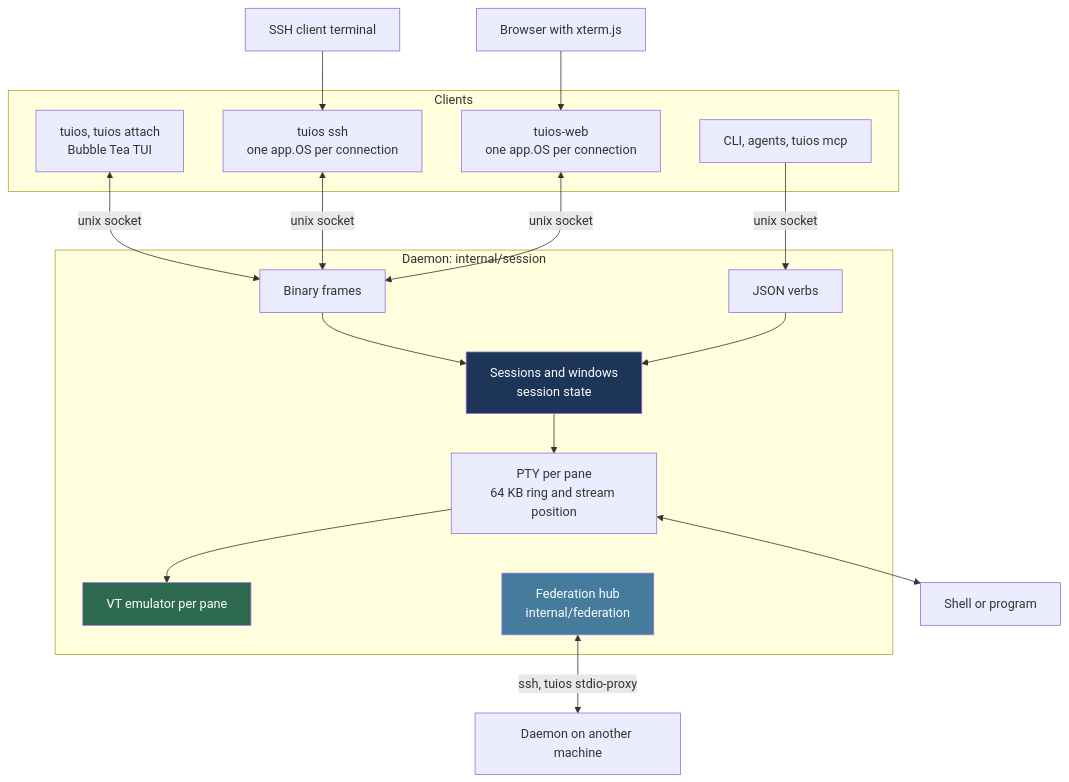
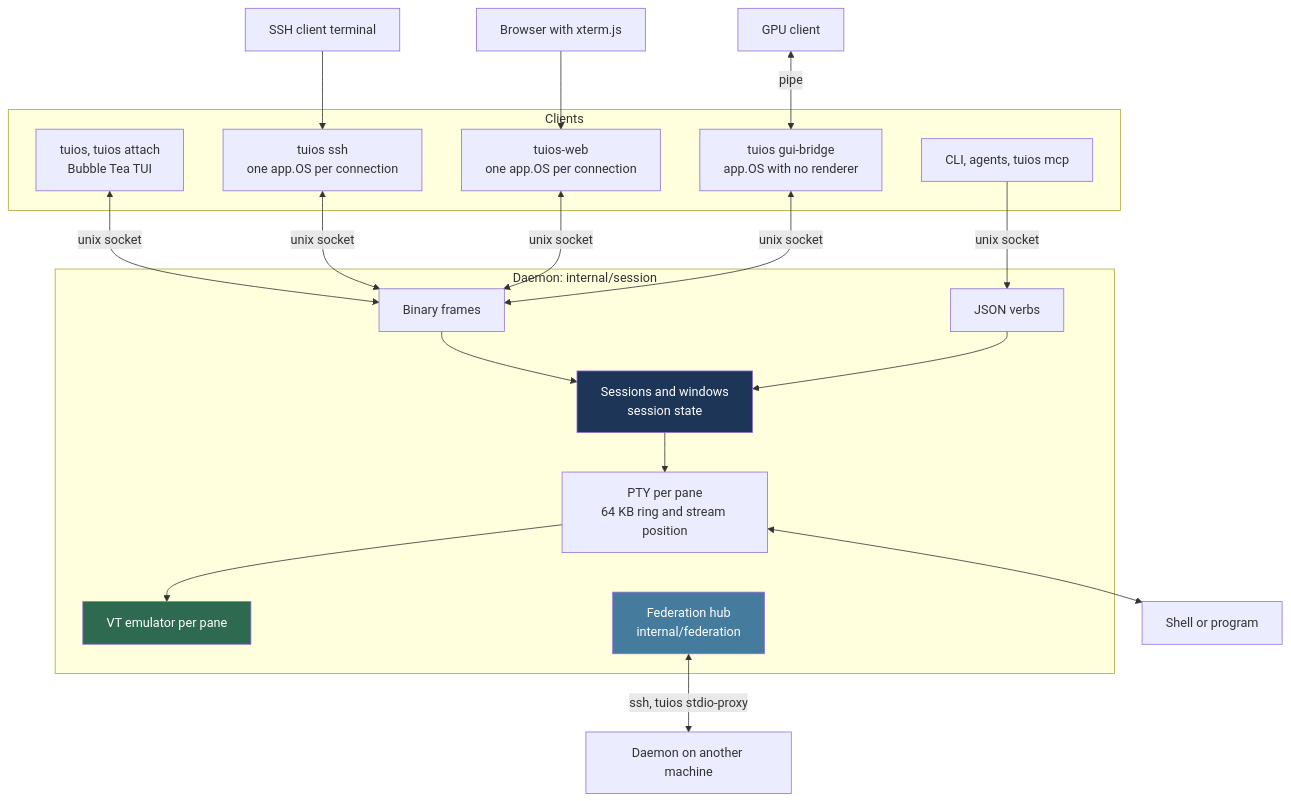
The first of 8 diagrams in docs/ARCHITECTURE.md (Gaurav-Gosain/tuios), drawn with Mermaid before and after one commit. The commit also changed other lines of this file and 3 other files, not shown here.

````diff
--- a/docs/ARCHITECTURE.md
+++ b/docs/ARCHITECTURE.md
@@ -29,39 +29,43 @@
 ```mermaid
 graph TB
     subgraph "Clients"
         TUI["tuios, tuios attach<br>Bubble Tea TUI"]
         SSHS["tuios ssh<br>one app.OS per connection"]
         WEBS["tuios-web<br>one app.OS per connection"]
+        GUIB["tuios gui-bridge<br>app.OS with no renderer"]
         CLI["CLI, agents, tuios mcp"]
     end
+
+    GPU[GPU client] <-->|pipe| GUIB
 
     SSHC[SSH client terminal] --> SSHS
     BROWSER[Browser with xterm.js] --> WEBS
 
     subgraph "Daemon: internal/session"
         BIN[Binary frames]
         VERBS[JSON verbs]
         MGR["Sessions and windows<br>session state"]
         PTYD["PTY per pane<br>64 KB ring and stream position"]
         VTD[VT emulator per pane]
         FED["Federation hub<br>internal/federation"]
     end
 
     SHELL[Shell or program]
     FAR["Daemon on another machine"]
 
     TUI <-->|unix socket| BIN
     SSHS <-->|unix socket| BIN
     WEBS <-->|unix socket| BIN
+    GUIB <-->|unix socket| BIN
     CLI -->|unix socket| VERBS
     BIN --> MGR
     VERBS --> MGR
     MGR --> PTYD
     PTYD <--> SHELL
     PTYD --> VTD
     FED <-->|"ssh, tuios stdio-proxy"| FAR
 
     style MGR fill:#1d3557,color:#fff
     style VTD fill:#2d6a4f,color:#fff
     style FED fill:#457b9d,color:#fff
 ```
````
